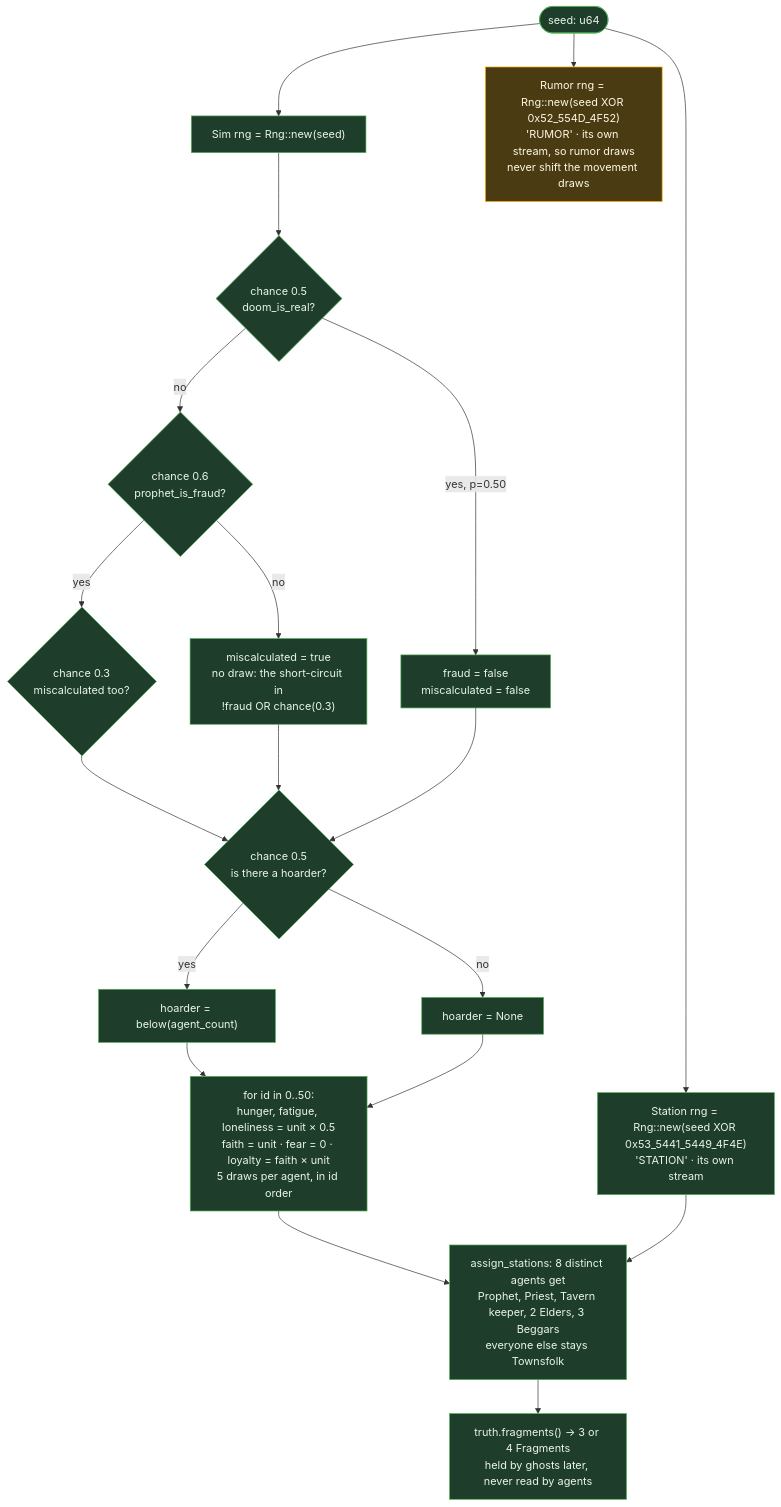
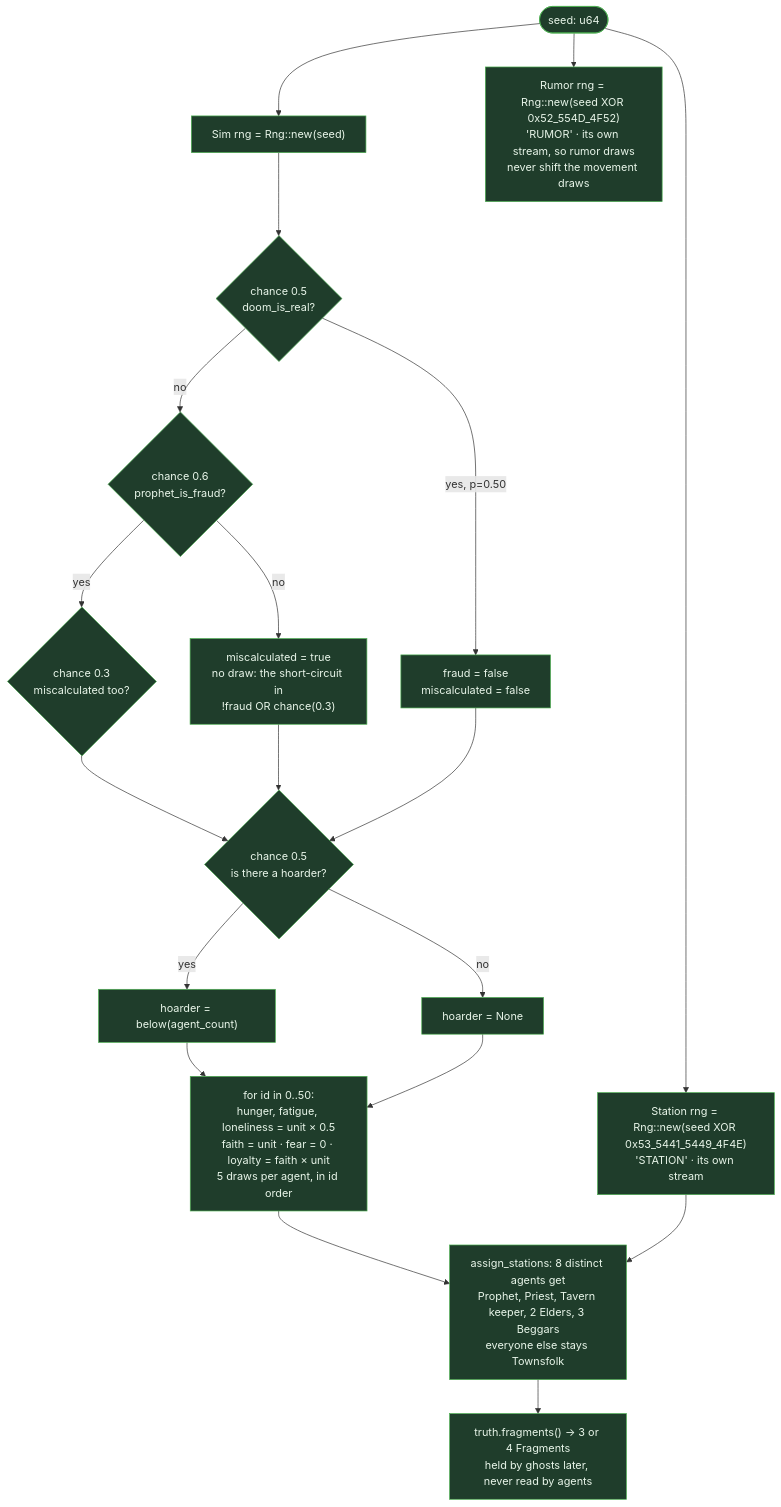
One commit to VarnoxL/last-vigil changed the third of 8 diagrams in README.md. Above: the diagram before and after it, drawn with Mermaid. The commit also changed other lines of this file and 3 other files, not shown here.

````diff
--- a/README.md
+++ b/README.md
@@ -413,23 +413,23 @@
 ```mermaid
 flowchart TD
     classDef built fill:#1f3d2b,stroke:#4caf50,color:#e8f5e9
     classDef stub fill:#4a3b12,stroke:#ffb300,color:#fff8e1
 
     SEED(["seed: u64"]):::built --> RNG1["Sim rng = Rng::new(seed)"]:::built
-    SEED --> RNG2["Rumor rng = Rng::new(seed XOR 0x52_554D_4F52)<br/>'RUMOR' · its own stream, so rumor draws<br/>never shift the movement draws"]:::stub
+    SEED --> RNG2["Rumor rng = Rng::new(seed XOR 0x52_554D_4F52)<br/>'RUMOR' · its own stream, so rumor draws<br/>never shift the movement draws"]:::built
 
     RNG1 --> D1{"chance 0.5<br/>doom_is_real?"}:::built
     D1 -- "yes, p=0.50" --> TR["fraud = false<br/>miscalculated = false"]:::built
     D1 -- "no" --> D2{"chance 0.6<br/>prophet_is_fraud?"}:::built
     D2 -- "yes" --> D3{"chance 0.3<br/>miscalculated too?"}:::built
     D2 -- "no" --> D4["miscalculated = true<br/>no draw: the short-circuit in<br/>!fraud OR chance(0.3)"]:::built
     D3 --> H
     D4 --> H
     TR --> H{"chance 0.5<br/>is there a hoarder?"}:::built
     H -- "yes" --> H2["hoarder = below(agent_count)"]:::built
     H -- "no" --> H3["hoarder = None"]:::built
     H2 & H3 --> AG["for id in 0..50:<br/>hunger, fatigue, loneliness = unit × 0.5<br/>faith = unit · fear = 0 · loyalty = faith × unit<br/>5 draws per agent, in id order"]:::built
     SEED --> RNG3["Station rng = Rng::new(seed XOR 0x53_5441_5449_4F4E)<br/>'STATION' · its own stream"]:::built
     AG & RNG3 --> ST["assign_stations: 8 distinct agents get<br/>Prophet, Priest, Tavern keeper, 2 Elders, 3 Beggars<br/>everyone else stays Townsfolk"]:::built
     ST --> FR["truth.fragments() → 3 or 4 Fragments<br/>held by ghosts later, never read by agents"]:::built
 ```
````
